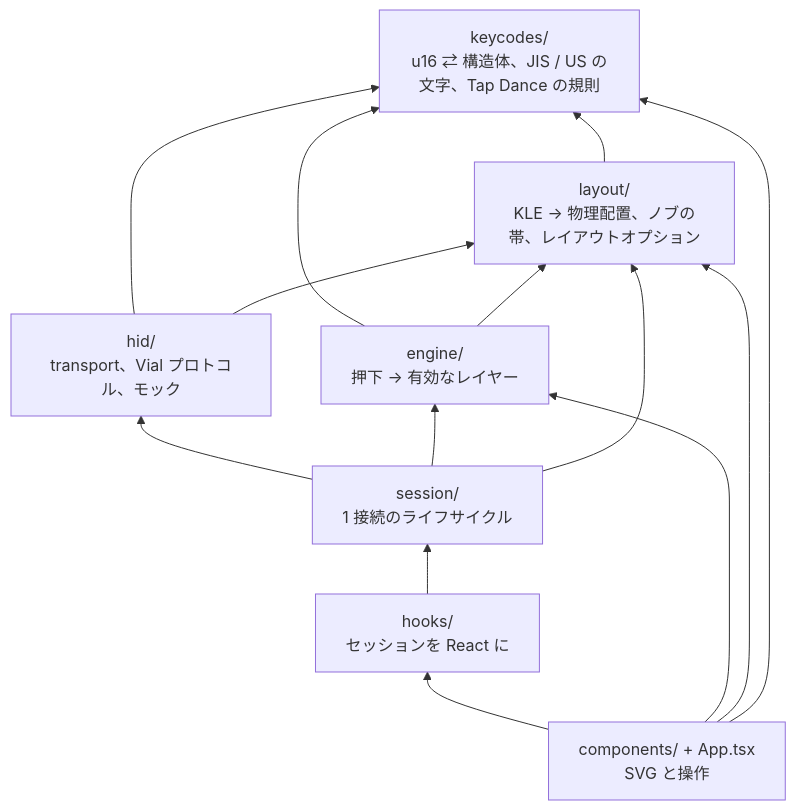
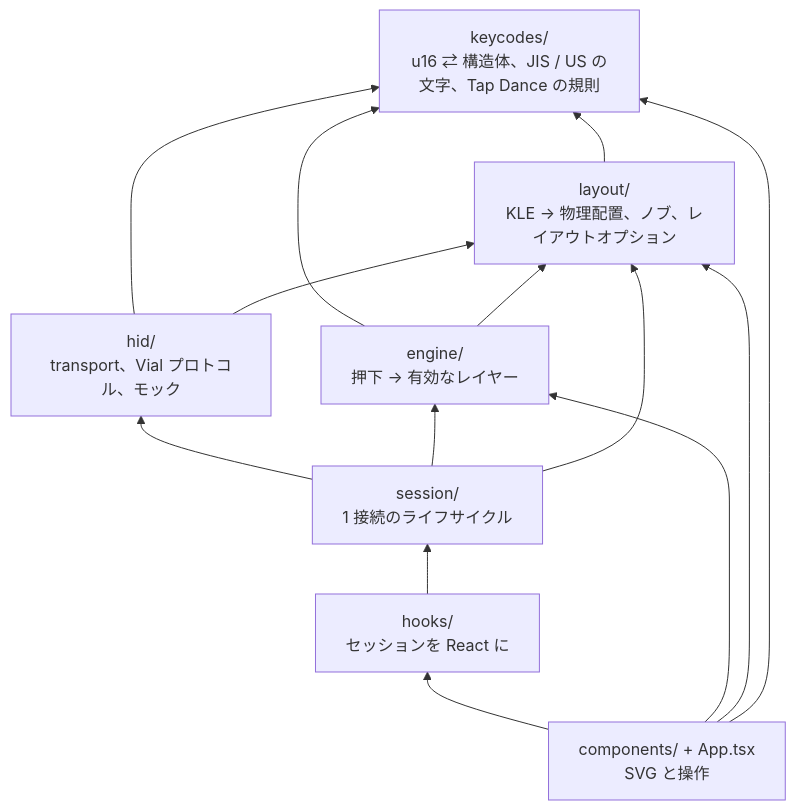
The second of 4 diagrams in docs/ARCHITECTURE.md (masacchi/live-keymap-viewer), drawn with Mermaid before and after one commit. The commit also changed other lines of this file and 20 other files, not shown here.

````diff
--- a/docs/ARCHITECTURE.md
+++ b/docs/ARCHITECTURE.md
@@ -53,24 +53,24 @@
 ```mermaid
 flowchart BT
   keycodes["keycodes/<br/>u16 ⇄ 構造体、JIS / US の文字、Tap Dance の規則"]
-  layout["layout/<br/>KLE → 物理配置、ノブの帯、レイアウトオプション"]
+  layout["layout/<br/>KLE → 物理配置、ノブ、レイアウトオプション"]
   engine["engine/<br/>押下 → 有効なレイヤー"]
   hid["hid/<br/>transport、Vial プロトコル、モック"]
   session["session/<br/>1 接続のライフサイクル"]
   hooks["hooks/<br/>セッションを React に"]
   components["components/ + App.tsx<br/>SVG と操作"]
 
   layout --> keycodes
   engine --> keycodes
   engine --> layout
   hid --> keycodes
   hid --> layout
   session --> hid
   session --> engine
   session --> layout
   hooks --> session
   components --> hooks
   components --> engine
   components --> layout
   components --> keycodes
 ```
````
